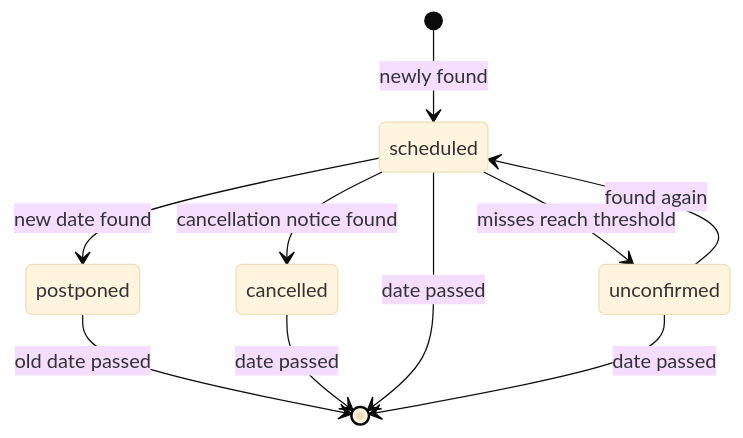
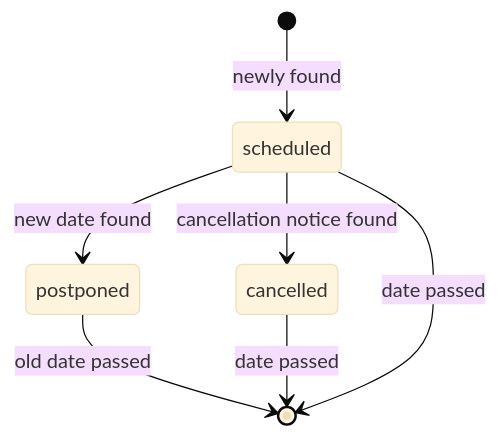
One commit to mat-los/letsgau changed the fourth of 4 diagrams in docs/ARCHITECTURE.md. Above: the diagram before and after it, drawn with Mermaid (base theme). The commit also changed other lines of this file and 26 other files, not shown here.

First line of the commit message:
feat!: remove the unconfirmed event status and the misses counter

````diff
--- a/docs/ARCHITECTURE.md
+++ b/docs/ARCHITECTURE.md
@@ -118,12 +118,9 @@
 ```mermaid
 stateDiagram-v2
   [*] --> scheduled: newly found
   scheduled --> cancelled: cancellation notice found
   scheduled --> postponed: new date found
-  scheduled --> unconfirmed: misses reach threshold
-  unconfirmed --> scheduled: found again
   postponed --> [*]: old date passed
   cancelled --> [*]: date passed
   scheduled --> [*]: date passed
-  unconfirmed --> [*]: date passed
 ```
````
